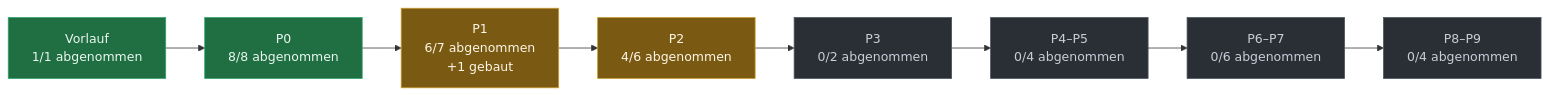
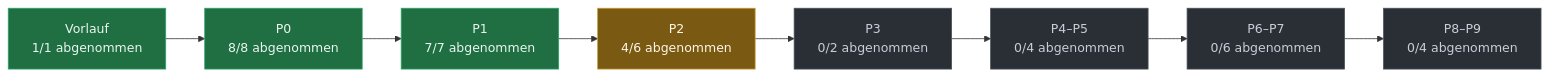
Before and after one commit to evenacadia-tech/Nakama: the diagram in docs/PLAN-STAND.md, drawn with Mermaid. The commit also changed other lines of this file and 4 other files, not shown here.

````diff
--- a/docs/PLAN-STAND.md
+++ b/docs/PLAN-STAND.md
@@ -35,21 +38,21 @@
 ```mermaid
 flowchart LR
   P0["Vorlauf<br/>1/1 abgenommen"]:::fertig
   P1["P0<br/>8/8 abgenommen"]:::fertig
   P0 --> P1
-  P2["P1<br/>6/7 abgenommen<br/>+1 gebaut"]:::laeuft
+  P2["P1<br/>7/7 abgenommen"]:::fertig
   P1 --> P2
   P3["P2<br/>4/6 abgenommen"]:::laeuft
   P2 --> P3
   P4["P3<br/>0/2 abgenommen"]:::offen
   P3 --> P4
   P5["P4–P5<br/>0/4 abgenommen"]:::offen
   P4 --> P5
   P6["P6–P7<br/>0/6 abgenommen"]:::offen
   P5 --> P6
   P7["P8–P9<br/>0/4 abgenommen"]:::offen
   P6 --> P7
   classDef fertig fill:#1f6f43,stroke:#2ea36a,color:#eaf6ef
   classDef laeuft fill:#7a5a12,stroke:#c99a2e,color:#fdf6e6
   classDef offen  fill:#2a2f36,stroke:#4a525c,color:#c7ced8
 ```
````
